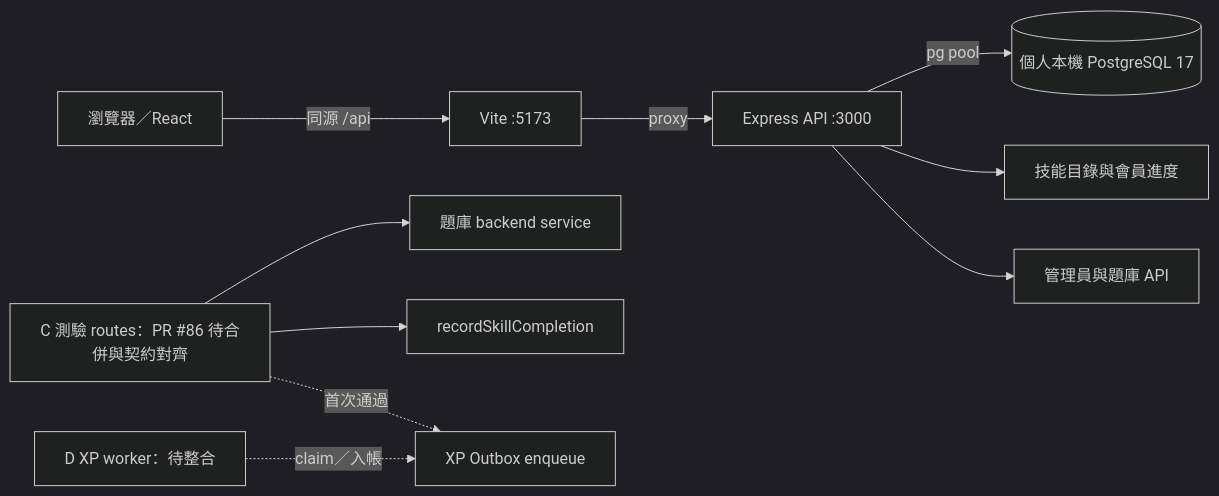
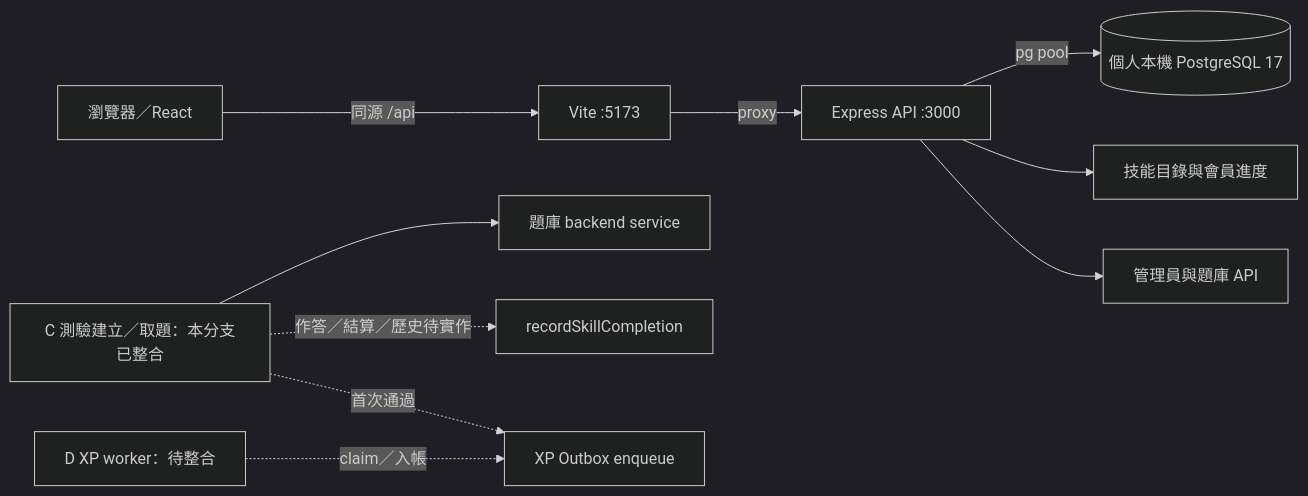
Before and after one commit to Coding-Skill-Tree/Skill-Tree: the diagram in docs/team-backend-integration-guide.md, drawn with Mermaid (dark theme). The commit also changed other lines of this file and 26 other files, not shown here.

````diff
--- a/docs/team-backend-integration-guide.md
+++ b/docs/team-backend-integration-guide.md
@@ -61,12 +64,12 @@
 ```mermaid
 flowchart LR
   Browser[瀏覽器／React] -->|同源 /api| Vite[Vite :5173]
   Vite -->|proxy| API[Express API :3000]
   API -->|pg pool| DB[(個人本機 PostgreSQL 17)]
   API --> Skills[技能目錄與會員進度]
   API --> Admin[管理員與題庫 API]
-  C[C 測驗 routes：PR #86 待合併與契約對齊] --> QB[題庫 backend service]
-  C --> Completion[recordSkillCompletion]
+  C[C 測驗建立／取題：本分支已整合] --> QB[題庫 backend service]
+  C -. 作答／結算／歷史待實作 .-> Completion[recordSkillCompletion]
   C -. 首次通過 .-> Outbox[XP Outbox enqueue]
   D[D XP worker：待整合] -. claim／入帳 .-> Outbox
 ```
````
